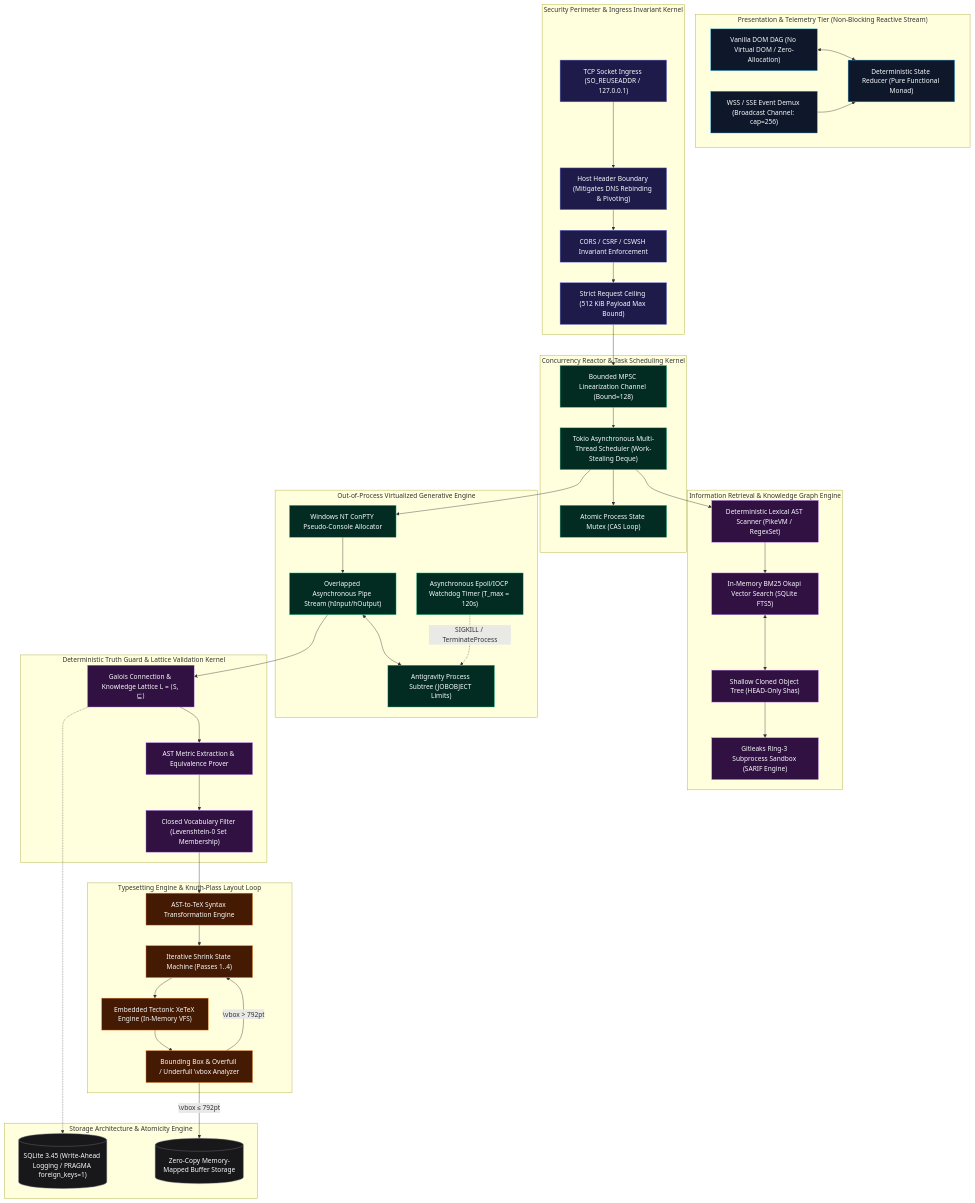
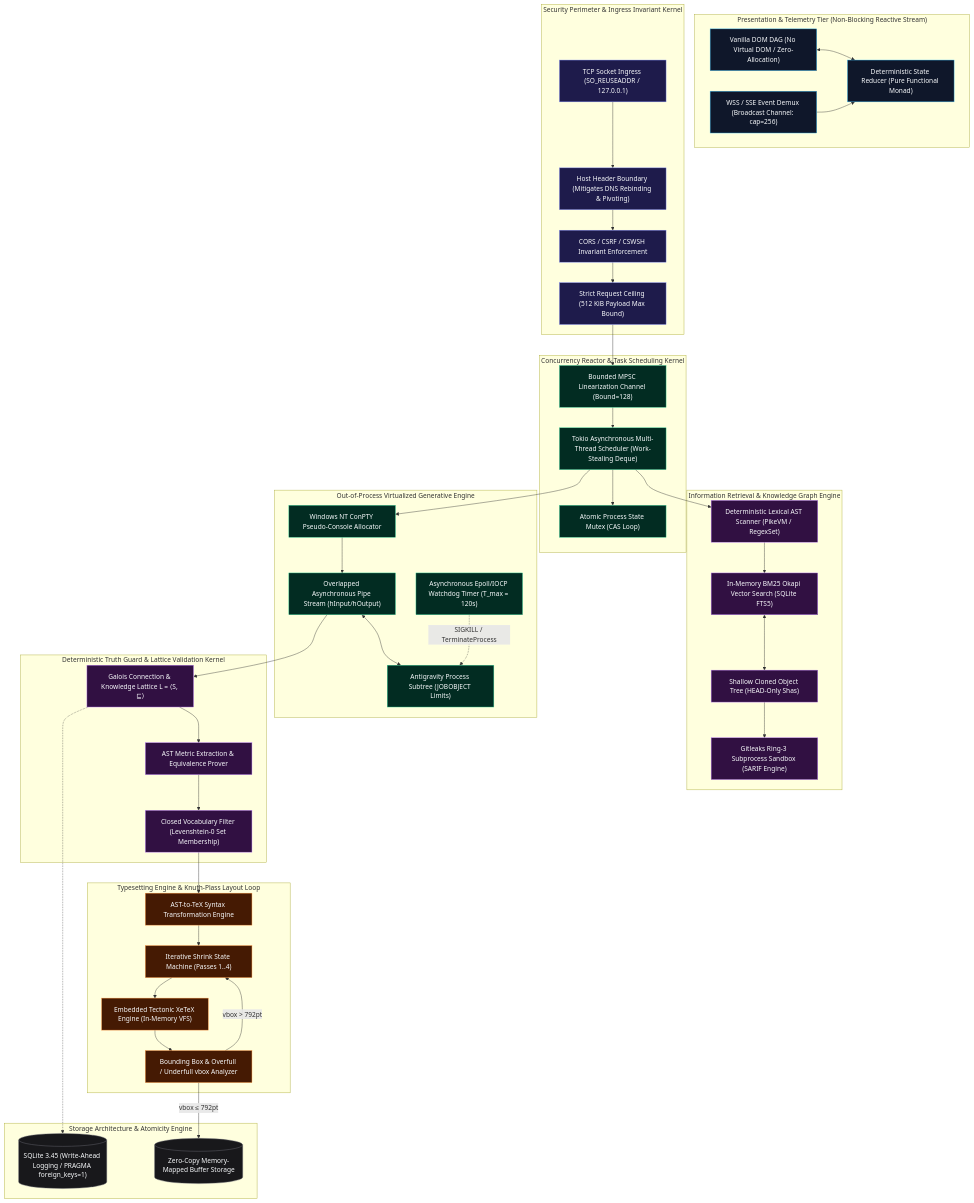
One commit to DevKano98/ResumeForge changed the first of 6 diagrams in README.md. Above: the diagram before and after it, drawn with Mermaid. The commit also changed other lines of this file, not shown here.

Commit message:
docs: resolve Mermaid state diagram syntax error and inject 3 additional advanced systems diagrams

````diff
--- a/README.md
+++ b/README.md
@@ -12,75 +12,75 @@
 ```mermaid
 flowchart TD
     classDef client fill:#0f172a,stroke:#38bdf8,stroke-width:1px,color:#f8fafc;
     classDef ingress fill:#1e1b4b,stroke:#818cf8,stroke-width:1px,color:#f8fafc;
     classDef runtime fill:#022c22,stroke:#34d399,stroke-width:1px,color:#f8fafc;
     classDef engine fill:#311042,stroke:#c084fc,stroke-width:1px,color:#f8fafc;
     classDef typeset fill:#451a03,stroke:#fb923c,stroke-width:1px,color:#f8fafc;
     classDef storage fill:#18181b,stroke:#71717a,stroke-width:1px,color:#f8fafc;
 
     subgraph Tier0 ["Presentation & Telemetry Tier (Non-Blocking Reactive Stream)"]
         SPA["Vanilla DOM DAG (No Virtual DOM / Zero-Allocation)"]:::client
         SSEBus["WSS / SSE Event Demux (Broadcast Channel: cap=256)"]:::client
         Reducer["Deterministic State Reducer (Pure Functional Monad)"]:::client
         SPA <--> Reducer
         SSEBus --> Reducer
     end
 
     subgraph Tier1 ["Security Perimeter & Ingress Invariant Kernel"]
         SocketIngress["TCP Socket Ingress (SO_REUSEADDR / 127.0.0.1)"]:::ingress
         HostValidation["Host Header Boundary (Mitigates DNS Rebinding & Pivoting)"]:::ingress
         OriginVerification["CORS / CSRF / CSWSH Invariant Enforcement"]:::ingress
         BufferFloor["Strict Request Ceiling (512 KiB Payload Max Bound)"]:::ingress
         SocketIngress --> HostValidation --> OriginVerification --> BufferFloor
     end
 
     subgraph Tier2 ["Concurrency Reactor & Task Scheduling Kernel"]
         WorkerPool["Tokio Asynchronous Multi-Thread Scheduler (Work-Stealing Deque)"]:::runtime
         FIFOQueue["Bounded MPSC Linearization Channel (Bound=128)"]:::runtime
         LockFreeMut["Atomic Process State Mutex (CAS Loop)"]:::runtime
         BufferFloor --> FIFOQueue --> WorkerPool --> LockFreeMut
     end
 
     subgraph Tier3 ["Information Retrieval & Knowledge Graph Engine"]
         JDTokenizer["Deterministic Lexical AST Scanner (PikeVM / RegexSet)"]:::engine
         FTS5Engine["In-Memory BM25 Okapi Vector Search (SQLite FTS5)"]:::engine
         SecretScanner["Gitleaks Ring-3 Subprocess Sandbox (SARIF Engine)"]:::engine
         RepoCache["Shallow Cloned Object Tree (HEAD-Only Shas)"]:::engine
         WorkerPool --> JDTokenizer --> FTS5Engine
         FTS5Engine <--> RepoCache
         RepoCache --> SecretScanner
     end
 
     subgraph Tier4 ["Out-of-Process Virtualized Generative Engine"]
         ConPtyCore["Windows NT ConPTY Pseudo-Console Allocator"]:::runtime
         AsyncPipe["Overlapped Asynchronous Pipe Stream (hInput/hOutput)"]:::runtime
         AgySubprocess["Antigravity Process Subtree (JOBOBJECT Limits)"]:::runtime
         Watchdog["Asynchronous Epoll/IOCP Watchdog Timer (T_max = 120s)"]:::runtime
         WorkerPool --> ConPtyCore --> AsyncPipe <--> AgySubprocess
         Watchdog -.->|"SIGKILL / TerminateProcess"| AgySubprocess
     end
 
     subgraph Tier5 ["Deterministic Truth Guard & Lattice Validation Kernel"]
         ProofLattice["Galois Connection & Knowledge Lattice L = ⟨S, ⊑⟩"]:::engine
         MetricsGuard["AST Metric Extraction & Equivalence Prover"]:::engine
         VocabGuard["Closed Vocabulary Filter (Levenshtein-0 Set Membership)"]:::engine
         AsyncPipe --> ProofLattice --> MetricsGuard --> VocabGuard
     end
 
     subgraph Tier6 ["Typesetting Engine & Knuth-Plass Layout Loop"]
         ASTHydration["AST-to-TeX Syntax Transformation Engine"]:::typeset
         TectonicKernel["Embedded Tectonic XeTeX Engine (In-Memory VFS)"]:::typeset
-        PageAnalyzer["Bounding Box & Overfull / Underfull \vbox Analyzer"]:::typeset
+        PageAnalyzer["Bounding Box & Overfull / Underfull vbox Analyzer"]:::typeset
         MicroCompaction["Iterative Shrink State Machine (Passes 1..4)"]:::typeset
         VocabGuard --> ASTHydration --> MicroCompaction
         MicroCompaction --> TectonicKernel --> PageAnalyzer
-        PageAnalyzer -- "\vbox > 792pt" --> MicroCompaction
+        PageAnalyzer -- "vbox > 792pt" --> MicroCompaction
     end
 
     subgraph Tier7 ["Storage Architecture & Atomicity Engine"]
         SQLiteEngine[("SQLite 3.45 (Write-Ahead Logging / PRAGMA foreign_keys=1)")]:::storage
         ArtifactStore[("Zero-Copy Memory-Mapped Buffer Storage")]:::storage
-        PageAnalyzer -- "\vbox ≤ 792pt" --> ArtifactStore
+        PageAnalyzer -- "vbox ≤ 792pt" --> ArtifactStore
         ProofLattice -.-> SQLiteEngine
     end
 ```
````
